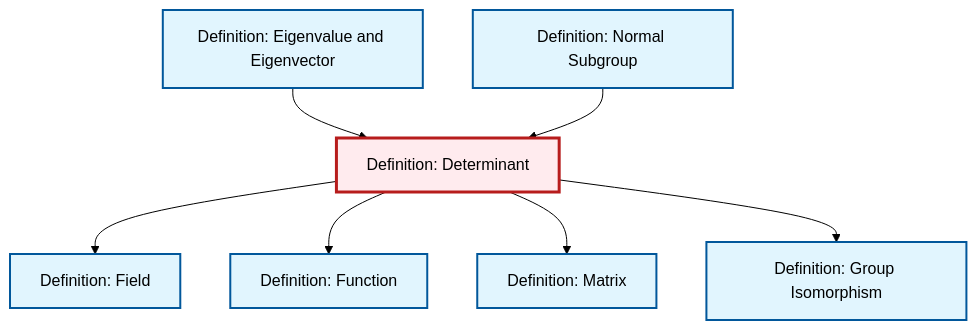
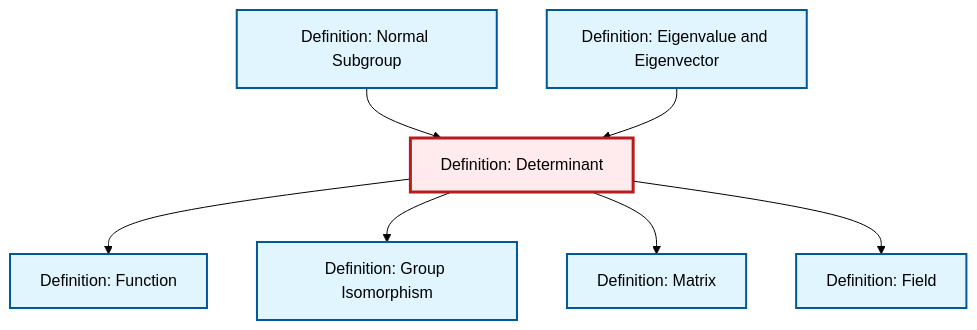
The diagram in content/en/algebra/def-determinant.qmd (RK0429/ModernMath), drawn with Mermaid (forest theme) before and after one commit. The commit also changed other lines of this file and 654 other files, not shown here.

````diff
--- a/content/en/algebra/def-determinant.qmd
+++ b/content/en/algebra/def-determinant.qmd
@@ -81,29 +81,29 @@
 ```{mermaid}
 %%| fig-cap: "Local dependency graph"
 graph TD
     classDef definition fill:#e1f5fe,stroke:#01579b,stroke-width:2px
     classDef theorem fill:#f3e5f5,stroke:#4a148c,stroke-width:2px
     classDef axiom fill:#fff3e0,stroke:#e65100,stroke-width:2px
     classDef example fill:#e8f5e9,stroke:#1b5e20,stroke-width:2px
     classDef current fill:#ffebee,stroke:#b71c1c,stroke-width:3px
-    def-eigenvalue-eigenvector["Definition: Eigenvalue and Eigenvector"]:::definition
     def-isomorphism["Definition: Group Isomorphism"]:::definition
-    def-normal-subgroup["Definition: Normal Subgroup"]:::definition
-    def-function["Definition: Function"]:::definition
     def-field["Definition: Field"]:::definition
     def-determinant["Definition: Determinant"]:::definition
     def-matrix["Definition: Matrix"]:::definition
+    def-eigenvalue-eigenvector["Definition: Eigenvalue and Eigenvector"]:::definition
+    def-function["Definition: Function"]:::definition
+    def-normal-subgroup["Definition: Normal Subgroup"]:::definition
+    def-determinant --> def-function
+    def-normal-subgroup --> def-determinant
+    def-eigenvalue-eigenvector --> def-determinant
+    def-determinant --> def-isomorphism
+    def-determinant --> def-matrix
     def-determinant --> def-field
-    def-eigenvalue-eigenvector --> def-determinant
-    def-normal-subgroup --> def-determinant
-    def-determinant --> def-function
-    def-determinant --> def-matrix
-    def-determinant --> def-isomorphism
     class def-determinant current
-    click def-eigenvalue-eigenvector "def-eigenvalue-eigenvector.html" "Go to Eigenvalue and Eigenvector definition"
     click def-isomorphism "def-isomorphism.html" "Go to Group Isomorphism definition"
-    click def-normal-subgroup "def-normal-subgroup.html" "Go to Normal Subgroup definition"
-    click def-function "def-function.html" "Go to Function definition"
     click def-field "def-field.html" "Go to Field definition"
     click def-matrix "def-matrix.html" "Go to Matrix definition"
+    click def-eigenvalue-eigenvector "def-eigenvalue-eigenvector.html" "Go to Eigenvalue and Eigenvector definition"
+    click def-function "def-function.html" "Go to Function definition"
+    click def-normal-subgroup "def-normal-subgroup.html" "Go to Normal Subgroup definition"
 ```
````
